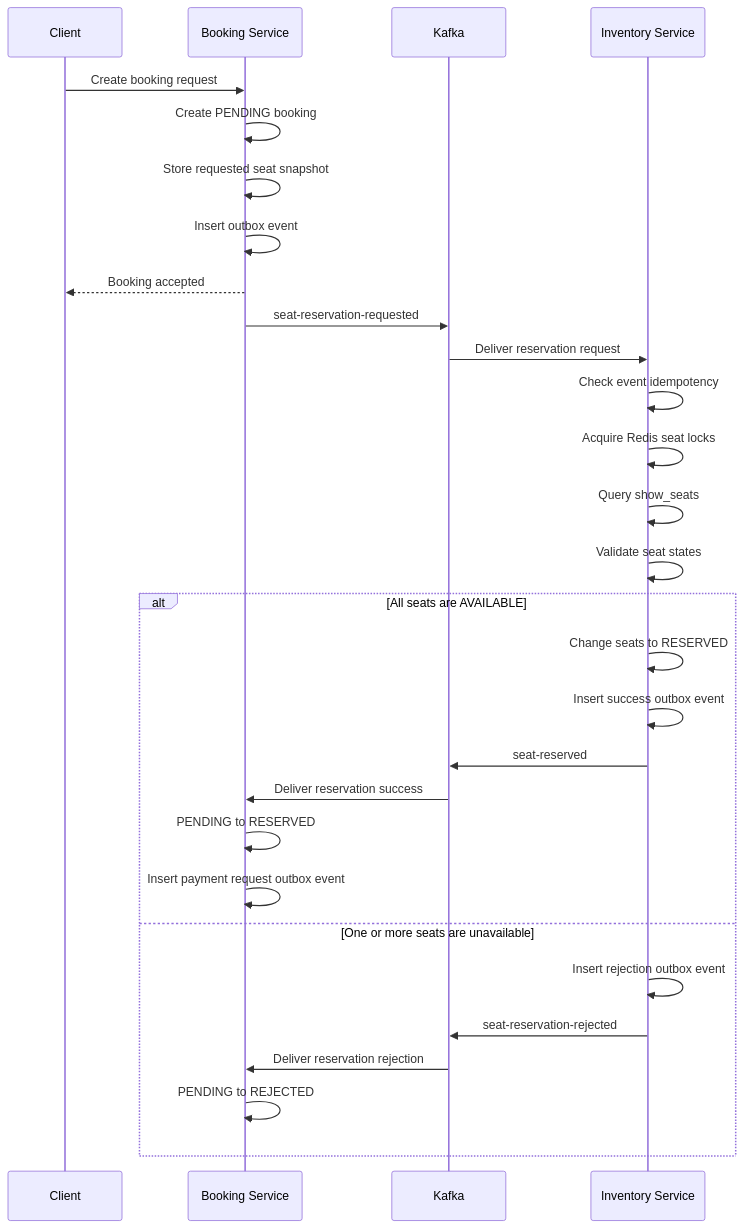
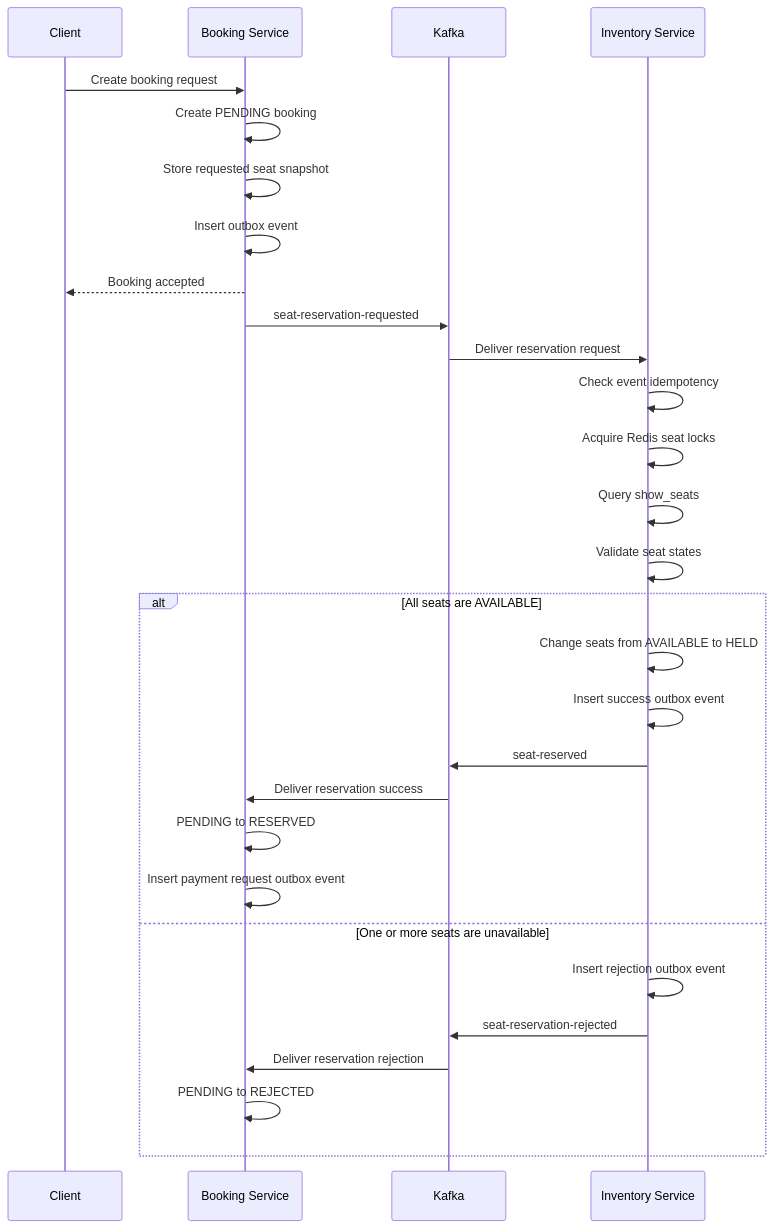
One commit to HuyKunNe/cinema-system changed the sixth of 10 diagrams in docs/02_ARCHITECTURE.md. Above: the diagram before and after it, drawn with Mermaid. The commit also changed other lines of this file and 10 other files, not shown here.

````diff
--- a/docs/02_ARCHITECTURE.md
+++ b/docs/02_ARCHITECTURE.md
@@ -610,35 +610,35 @@
 ```mermaid
 sequenceDiagram
     participant Client
     participant Booking as Booking Service
     participant Kafka
     participant Inventory as Inventory Service
 
     Client->>Booking: Create booking request
     Booking->>Booking: Create PENDING booking
     Booking->>Booking: Store requested seat snapshot
     Booking->>Booking: Insert outbox event
     Booking-->>Client: Booking accepted
 
     Booking->>Kafka: seat-reservation-requested
     Kafka->>Inventory: Deliver reservation request
 
     Inventory->>Inventory: Check event idempotency
     Inventory->>Inventory: Acquire Redis seat locks
     Inventory->>Inventory: Query show_seats
     Inventory->>Inventory: Validate seat states
 
     alt All seats are AVAILABLE
-        Inventory->>Inventory: Change seats to RESERVED
+        Inventory->>Inventory: Change seats from AVAILABLE to HELD
         Inventory->>Inventory: Insert success outbox event
         Inventory->>Kafka: seat-reserved
         Kafka->>Booking: Deliver reservation success
         Booking->>Booking: PENDING to RESERVED
         Booking->>Booking: Insert payment request outbox event
     else One or more seats are unavailable
         Inventory->>Inventory: Insert rejection outbox event
         Inventory->>Kafka: seat-reservation-rejected
         Kafka->>Booking: Deliver reservation rejection
         Booking->>Booking: PENDING to REJECTED
     end
 ```
````
